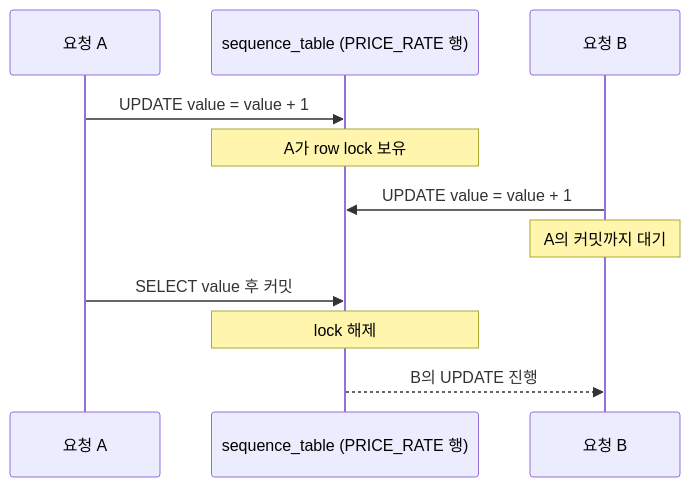
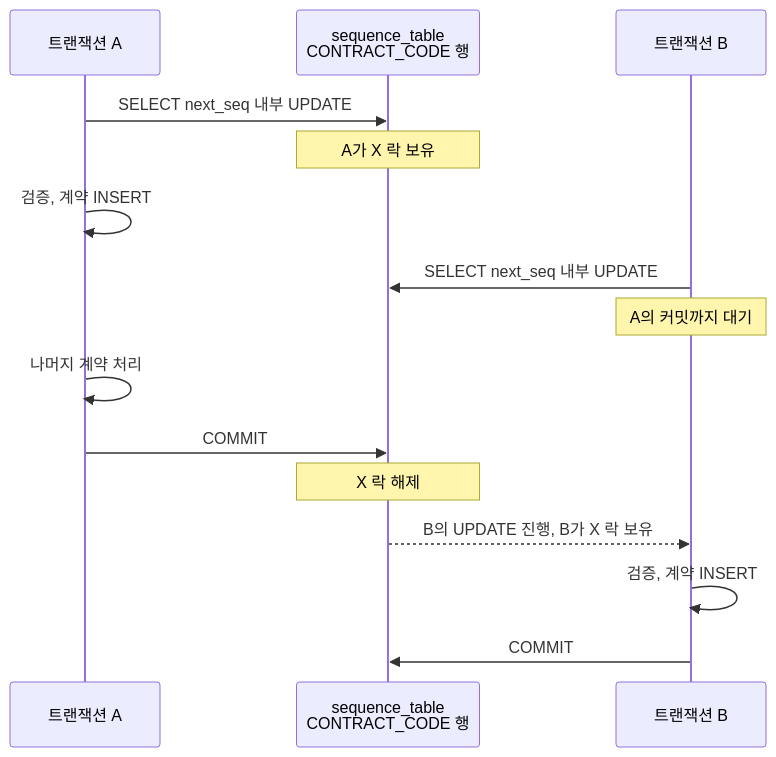
One commit to polynomeer/polynomeer.github.io changed the first of 3 diagrams in _posts/notes/common/2026-03-20-architectural-decisions.md. Above: the diagram before and after it, drawn with Mermaid. The commit also changed other lines of this file, not shown here.

Commit message:
docs(notes): rewrite sequence bottleneck part 2 around the hidden update

````diff
--- a/_posts/notes/common/2026-03-20-architectural-decisions.md
+++ b/_posts/notes/common/2026-03-20-architectural-decisions.md
@@ -79,13 +57,17 @@
 ```mermaid
 sequenceDiagram
-    participant A as 요청 A
-    participant DB as sequence_table (PRICE_RATE 행)
-    participant B as 요청 B
-    A->>DB: UPDATE value = value + 1
-    Note over DB: A가 row lock 보유
-    B->>DB: UPDATE value = value + 1
+    participant A as 트랜잭션 A
+    participant SEQ as sequence_table<br/>CONTRACT_CODE 행
+    participant B as 트랜잭션 B
+    A->>SEQ: SELECT next_seq 내부 UPDATE
+    Note over SEQ: A가 X 락 보유
+    A->>A: 검증, 계약 INSERT
+    B->>SEQ: SELECT next_seq 내부 UPDATE
     Note over B: A의 커밋까지 대기
-    A->>DB: SELECT value 후 커밋
-    Note over DB: lock 해제
-    DB-->>B: B의 UPDATE 진행
+    A->>A: 나머지 계약 처리
+    A->>SEQ: COMMIT
+    Note over SEQ: X 락 해제
+    SEQ-->>B: B의 UPDATE 진행, B가 X 락 보유
+    B->>B: 검증, 계약 INSERT
+    B->>SEQ: COMMIT
 ```
````
